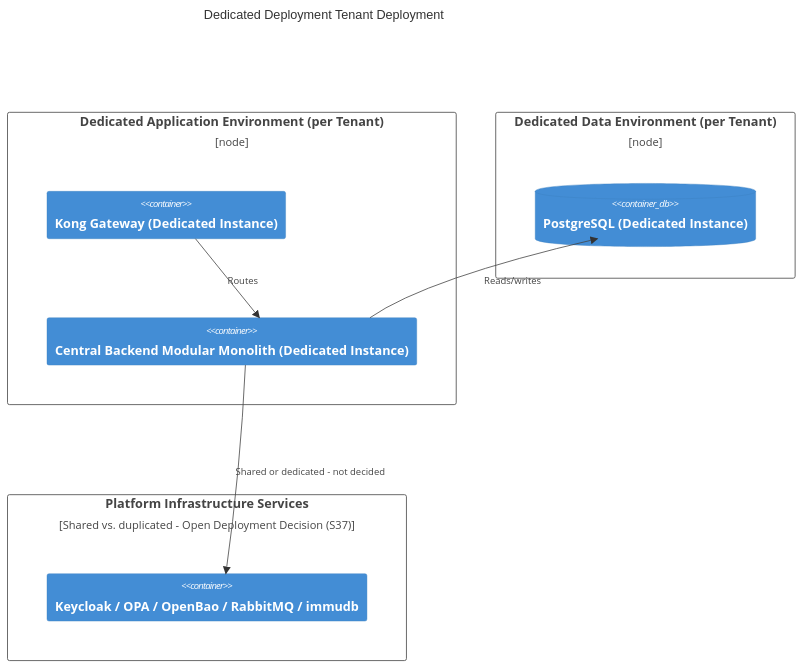
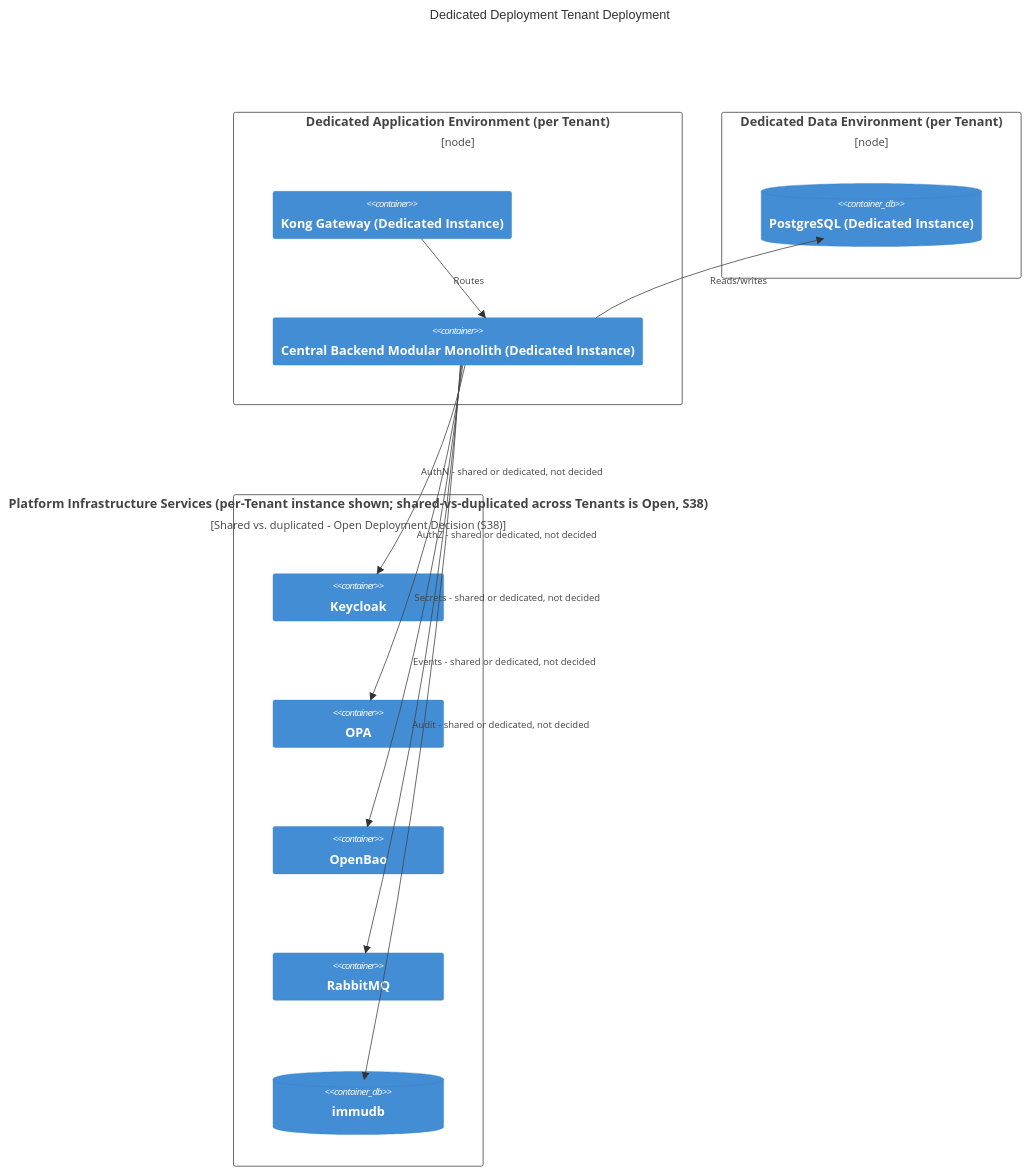
One commit to Darhous/test-m3ml changed the fourth of 8 diagrams in docs/sad/06-deployment-view.md. Above: the diagram before and after it, drawn with Mermaid. The commit also changed other lines of this file, not shown here.

````diff
--- a/docs/sad/06-deployment-view.md
+++ b/docs/sad/06-deployment-view.md
@@ -433,21 +488,29 @@
 ```mermaid
 C4Deployment
     title Dedicated Deployment Tenant Deployment
 
     Deployment_Node(dedicated_app, "Dedicated Application Environment (per Tenant)") {
         Container(kongd, "Kong Gateway (Dedicated Instance)")
         Container(monod, "Central Backend Modular Monolith (Dedicated Instance)")
     }
 
     Deployment_Node(dedicated_data, "Dedicated Data Environment (per Tenant)") {
         ContainerDb(pgd2, "PostgreSQL (Dedicated Instance)")
     }
 
-    Deployment_Node(infra_open, "Platform Infrastructure Services", "Shared vs. duplicated - Open Deployment Decision (S37)") {
-        Container(infra2, "Keycloak / OPA / OpenBao / RabbitMQ / immudb")
+    Deployment_Node(infra_open, "Platform Infrastructure Services (per-Tenant instance shown; shared-vs-duplicated across Tenants is Open, S38)", "Shared vs. duplicated - Open Deployment Decision (S38)") {
+        Container(kc2, "Keycloak")
+        Container(opa2, "OPA")
+        Container(bao2, "OpenBao")
+        Container(mq2, "RabbitMQ")
+        ContainerDb(audit2, "immudb")
     }
 
     Rel(kongd, monod, "Routes")
     Rel(monod, pgd2, "Reads/writes")
-    Rel(monod, infra2, "Shared or dedicated - not decided")
+    Rel(monod, kc2, "AuthN - shared or dedicated, not decided")
+    Rel(monod, opa2, "AuthZ - shared or dedicated, not decided")
+    Rel(monod, bao2, "Secrets - shared or dedicated, not decided")
+    Rel(monod, mq2, "Events - shared or dedicated, not decided")
+    Rel(monod, audit2, "Audit - shared or dedicated, not decided")
 ```
````
